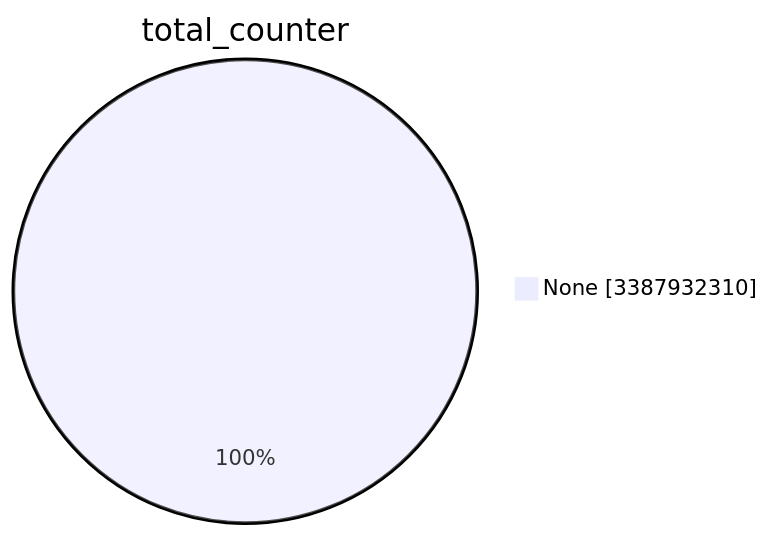
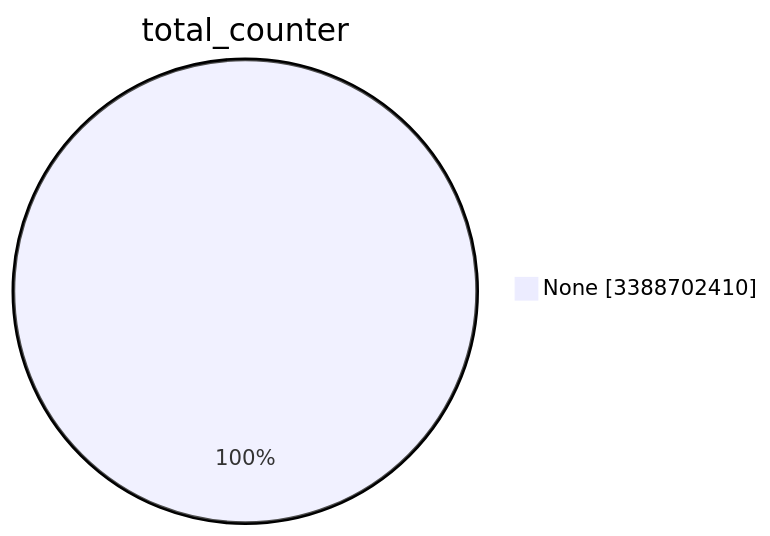
The first of 15 diagrams in TOTAL/README.md (christiankrug/ctmonitor_visualization), drawn with Mermaid before and after one commit. The commit also changed other lines of this file, not shown here.

````diff
--- a/TOTAL/README.md
+++ b/TOTAL/README.md
@@ -1,5 +1,5 @@
 ```mermaid
 pie showData
 title total_counter
-"None" :3387932310
+"None" :3388702410
 ```
````
